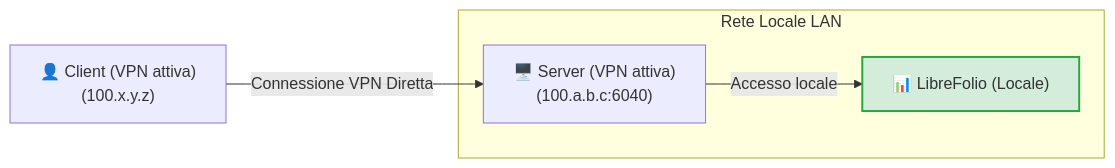
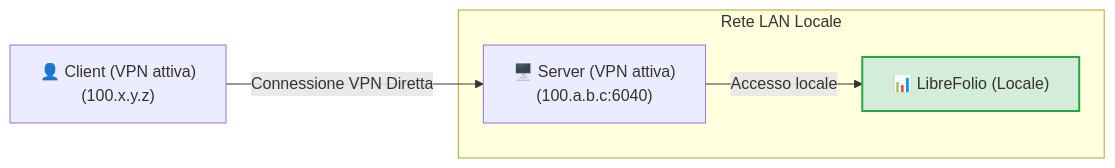
The second of 5 diagrams in mkdocs_src/docs/admin/tailscale_exposure.it.md (Librefolio/LibreFolio), drawn with Mermaid before and after one commit. The commit also changed other lines of this file and 13 other files, not shown here.

````diff
--- a/mkdocs_src/docs/admin/tailscale_exposure.it.md
+++ b/mkdocs_src/docs/admin/tailscale_exposure.it.md
@@ -91,8 +91,8 @@
 ```mermaid
 graph LR
-    Client["👤 Client (VPN attiva)<br>(100.x.y.z)"] -->|Connessione VPN Diretta| Server["🖥️ Server (VPN attiva)<br>(100.a.b.c:6040)"]
-    subgraph LAN ["Rete Locale LAN"]
-        Server -->|Accesso locale| LibreFolio["📊 LibreFolio (Locale)"]
-    end
-    style LibreFolio fill:#d4edda,stroke:#28a745,stroke-width:2px;
+ Client["👤 Client (VPN attiva)<br>(100.x.y.z)"] -->|Connessione VPN Diretta| Server["🖥️ Server (VPN attiva)<br>(100.a.b.c:6040)"]
+ subgraph LAN ["Rete LAN Locale"]
+ Server -->|Accesso locale| LibreFolio["📊 LibreFolio (Locale)"]
+ end
+ style LibreFolio fill:#d4edda,stroke:#28a745,stroke-width:2px;
 ```
````
